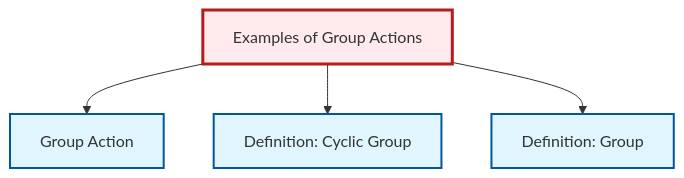
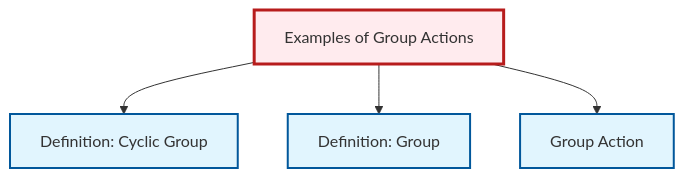
Before and after one commit to RK0429/ModernMath: the diagram in content/en/algebra/ex-group-action-examples.qmd, drawn with Mermaid. The commit also changed other lines of this file and 531 other files, not shown here.

````diff
--- a/content/en/algebra/ex-group-action-examples.qmd
+++ b/content/en/algebra/ex-group-action-examples.qmd
@@ -73,20 +73,20 @@
 ```{mermaid}
 %%| fig-cap: "Local dependency graph"
 graph TD
     classDef definition fill:#e1f5fe,stroke:#01579b,stroke-width:2px
     classDef theorem fill:#f3e5f5,stroke:#4a148c,stroke-width:2px
     classDef axiom fill:#fff3e0,stroke:#e65100,stroke-width:2px
     classDef example fill:#e8f5e9,stroke:#1b5e20,stroke-width:2px
     classDef current fill:#ffebee,stroke:#b71c1c,stroke-width:3px
     def-group-action["Group Action"]:::definition
+    ex-group-action-examples["Examples of Group Actions"]:::example
     def-cyclic-group["Definition: Cyclic Group"]:::definition
-    ex-group-action-examples["Examples of Group Actions"]:::example
     def-group["Definition: Group"]:::definition
-    ex-group-action-examples --> def-group-action
     ex-group-action-examples --> def-cyclic-group
     ex-group-action-examples --> def-group
+    ex-group-action-examples --> def-group-action
     class ex-group-action-examples current
     click def-group-action "def-group-action.html" "Go to Group Action"
     click def-cyclic-group "def-cyclic-group.html" "Go to Cyclic Group definition"
     click def-group "def-group.html" "Go to Group definition"
 ```
````
